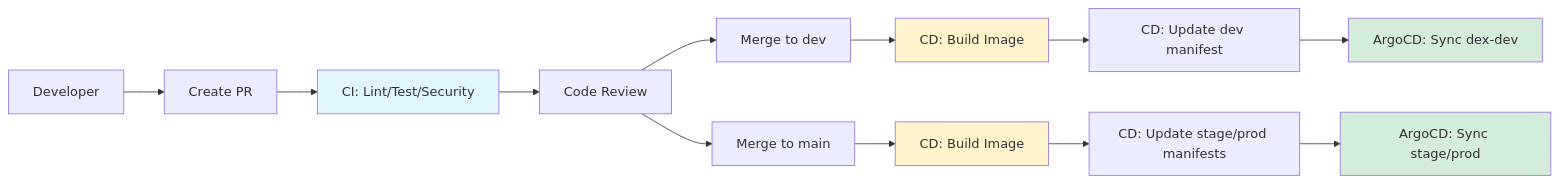
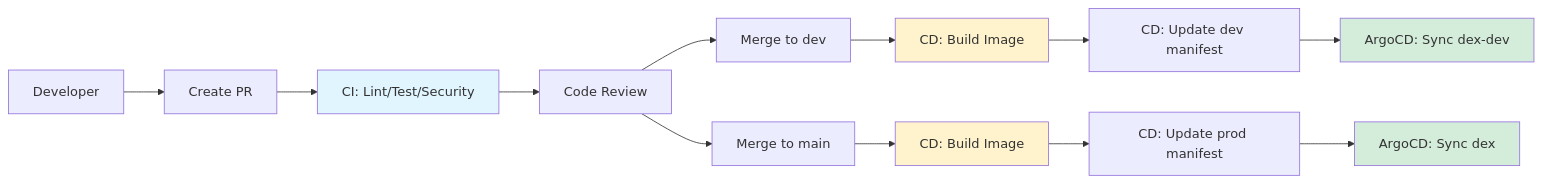
One commit to data-literate/DEX changed the first of 4 diagrams in docs/CI_CD.md. Above: the diagram before and after it, drawn with Mermaid. The commit also changed other lines of this file and 23 other files, not shown here.

````diff
--- a/docs/CI_CD.md
+++ b/docs/CI_CD.md
@@ -37,22 +37,22 @@
 ```mermaid
 graph LR
     Dev[Developer] --> PR[Create PR]
     PR --> CI[CI: Lint/Test/Security]
     CI --> Review[Code Review]
     Review --> MergeDev[Merge to dev]
     Review --> MergeMain[Merge to main]
 
     MergeDev --> BuildDev[CD: Build Image]
     BuildDev --> UpdateDev[CD: Update dev manifest]
     UpdateDev --> ArgoDev[ArgoCD: Sync dex-dev]
 
     MergeMain --> BuildMain[CD: Build Image]
-    BuildMain --> UpdateMain[CD: Update stage/prod manifests]
-    UpdateMain --> ArgoMain[ArgoCD: Sync stage/prod]
+    BuildMain --> UpdateMain[CD: Update prod manifest]
+    UpdateMain --> ArgoMain[ArgoCD: Sync dex]
 
     style CI fill:#e1f5ff
     style BuildDev fill:#fff3cd
     style BuildMain fill:#fff3cd
     style ArgoDev fill:#d4edda
     style ArgoMain fill:#d4edda
 ```
````
